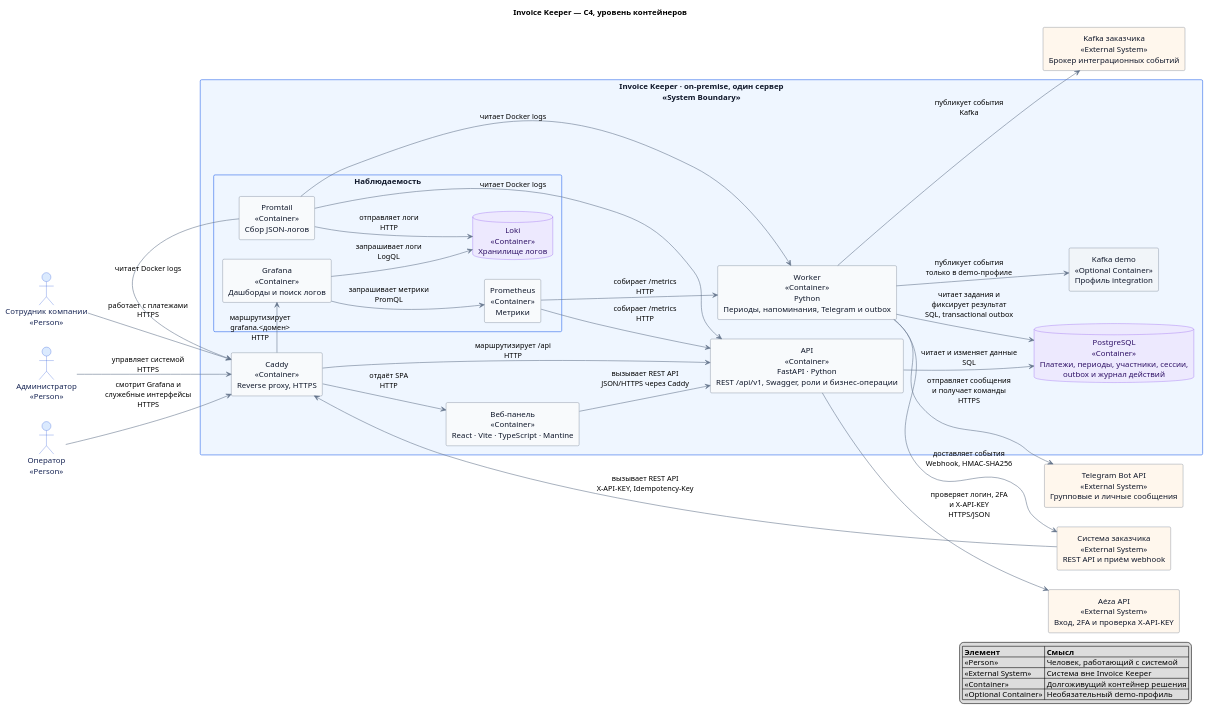
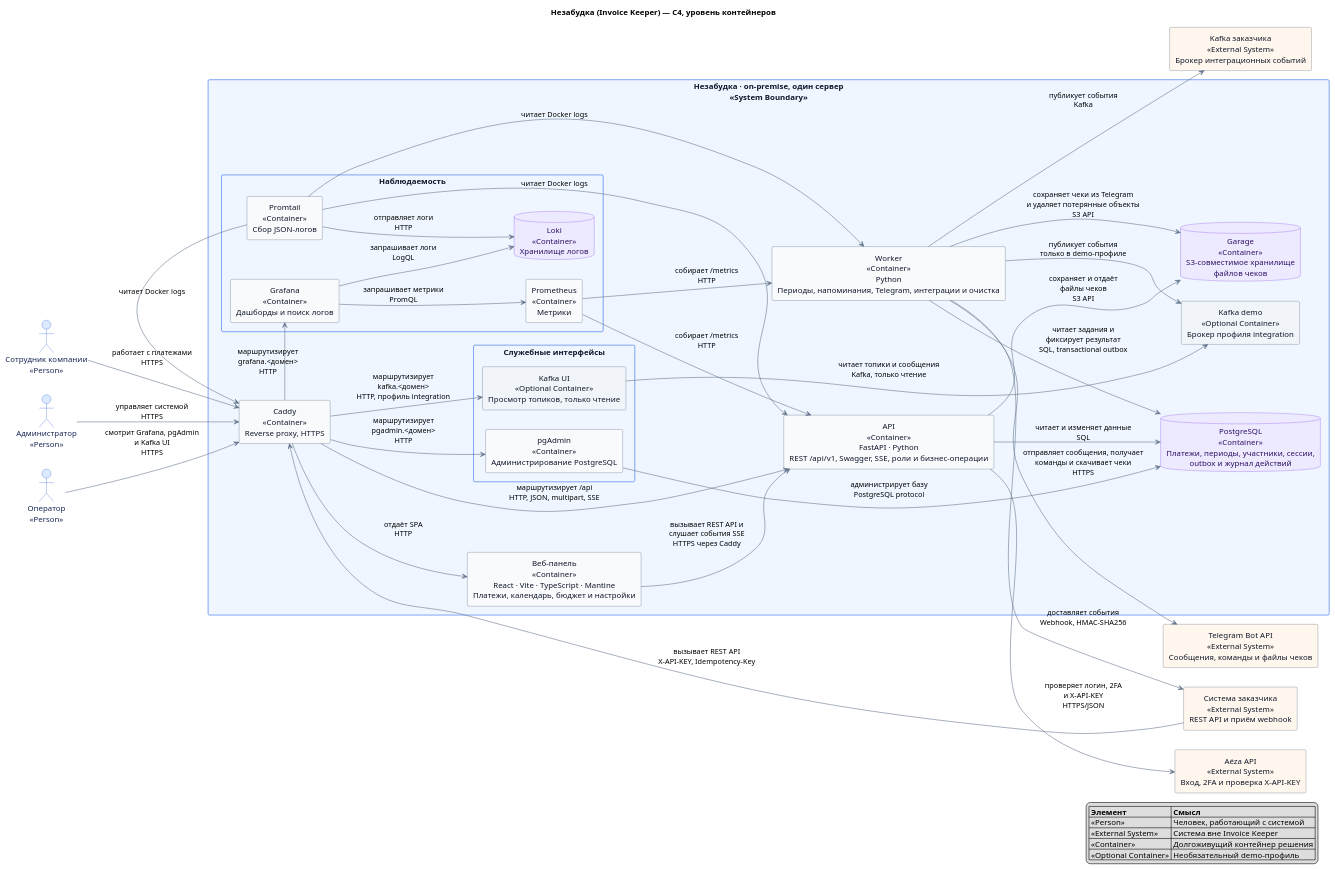
The diagram in docs/c4.puml (VegasYT/aeza-nezabudka), drawn with PlantUML before and after one commit. The commit also changed 170 other files, not shown here.

```diff
--- a/docs/c4.puml
+++ b/docs/c4.puml
@@ -1,85 +1,97 @@
 @startuml "c4-container"
-title Invoice Keeper — C4, уровень контейнеров
+title Незабудка (Invoice Keeper) — C4, уровень контейнеров
 
 left to right direction
 skinparam shadowing false
 skinparam componentStyle rectangle
 skinparam packageStyle rectangle
 skinparam defaultTextAlignment center
 skinparam ArrowColor #64748B
 skinparam actorBorderColor #1D4ED8
 skinparam actorBackgroundColor #DBEAFE
 skinparam actorFontColor #172554
 skinparam rectangleBorderColor #475569
 skinparam rectangleBackgroundColor #F8FAFC
 skinparam rectangleFontColor #0F172A
 skinparam databaseBorderColor #7C3AED
 skinparam databaseBackgroundColor #EDE9FE
 skinparam databaseFontColor #2E1065
 skinparam packageBorderColor #2563EB
 skinparam packageBackgroundColor #EFF6FF
 skinparam packageFontColor #172554
 
 actor "Сотрудник компании\n<<Person>>" as User
 actor "Администратор\n<<Person>>" as Admin
 actor "Оператор\n<<Person>>" as Operator
 
 rectangle "Aéza API\n<<External System>>\nВход, 2FA и проверка X-API-KEY" as Aeza #FFF7ED
-rectangle "Telegram Bot API\n<<External System>>\nГрупповые и личные сообщения" as Telegram #FFF7ED
+rectangle "Telegram Bot API\n<<External System>>\nСообщения, команды и файлы чеков" as Telegram #FFF7ED
 rectangle "Система заказчика\n<<External System>>\nREST API и приём webhook" as Customer #FFF7ED
 rectangle "Kafka заказчика\n<<External System>>\nБрокер интеграционных событий" as CustomerKafka #FFF7ED
 
-package "Invoice Keeper · on-premise, один сервер\n<<System Boundary>>" as InvoiceKeeper {
+package "Незабудка · on-premise, один сервер\n<<System Boundary>>" as InvoiceKeeper {
     rectangle "Caddy\n<<Container>>\nReverse proxy, HTTPS" as Caddy
-    rectangle "Веб-панель\n<<Container>>\nReact · Vite · TypeScript · Mantine" as Frontend
-    rectangle "API\n<<Container>>\nFastAPI · Python\nREST /api/v1, Swagger, роли и бизнес-операции" as Api
-    rectangle "Worker\n<<Container>>\nPython\nПериоды, напоминания, Telegram и outbox" as Worker
+    rectangle "Веб-панель\n<<Container>>\nReact · Vite · TypeScript · Mantine\nПлатежи, календарь, бюджет и настройки" as Frontend
+    rectangle "API\n<<Container>>\nFastAPI · Python\nREST /api/v1, Swagger, SSE, роли и бизнес-операции" as Api
+    rectangle "Worker\n<<Container>>\nPython\nПериоды, напоминания, Telegram, интеграции и очистка" as Worker
     database "PostgreSQL\n<<Container>>\nПлатежи, периоды, участники, сессии,\noutbox и журнал действий" as Postgres
+    database "Garage\n<<Container>>\nS3-совместимое хранилище\nфайлов чеков" as Garage
 
     package "Наблюдаемость" {
         rectangle "Prometheus\n<<Container>>\nМетрики" as Prometheus
         rectangle "Promtail\n<<Container>>\nСбор JSON-логов" as Promtail
         database "Loki\n<<Container>>\nХранилище логов" as Loki
         rectangle "Grafana\n<<Container>>\nДашборды и поиск логов" as Grafana
     }
 
-    rectangle "Kafka demo\n<<Optional Container>>\nПрофиль integration" as DemoKafka #F1F5F9
+    package "Служебные интерфейсы" {
+        rectangle "pgAdmin\n<<Container>>\nАдминистрирование PostgreSQL" as PgAdmin
+        rectangle "Kafka UI\n<<Optional Container>>\nПросмотр топиков, только чтение" as KafkaUi #F1F5F9
+    }
+
+    rectangle "Kafka demo\n<<Optional Container>>\nБрокер профиля integration" as DemoKafka #F1F5F9
 }
 
 User --> Caddy : работает с платежами\nHTTPS
 Admin --> Caddy : управляет системой\nHTTPS
-Operator --> Caddy : смотрит Grafana и\nслужебные интерфейсы\nHTTPS
+Operator --> Caddy : смотрит Grafana, pgAdmin\nи Kafka UI\nHTTPS
 
 Caddy --> Frontend : отдаёт SPA\nHTTP
-Caddy --> Api : маршрутизирует /api\nHTTP
+Caddy --> Api : маршрутизирует /api\nHTTP, JSON, multipart, SSE
 Caddy --> Grafana : маршрутизирует\ngrafana.<домен>\nHTTP
-Frontend --> Api : вызывает REST API\nJSON/HTTPS через Caddy
+Caddy --> PgAdmin : маршрутизирует\npgadmin.<домен>\nHTTP
+Caddy --> KafkaUi : маршрутизирует\nkafka.<домен>\nHTTP, профиль integration
+Frontend --> Api : вызывает REST API и\nслушает события SSE\nHTTPS через Caddy
 
 Api --> Aeza : проверяет логин, 2FA\nи X-API-KEY\nHTTPS/JSON
 Api --> Postgres : читает и изменяет данные\nSQL
+Api --> Garage : сохраняет и отдаёт\nфайлы чеков\nS3 API
 Worker --> Postgres : читает задания и\nфиксирует результат\nSQL, transactional outbox
+Worker --> Garage : сохраняет чеки из Telegram\nи удаляет потерянные объекты\nS3 API
 
-Worker --> Telegram : отправляет сообщения\nи получает команды\nHTTPS
+Worker --> Telegram : отправляет сообщения, получает\nкоманды и скачивает чеки\nHTTPS
 Customer --> Caddy : вызывает REST API\nX-API-KEY, Idempotency-Key
 Worker --> Customer : доставляет события\nWebhook, HMAC-SHA256
 Worker --> CustomerKafka : публикует события\nKafka
 Worker --> DemoKafka : публикует события\nтолько в demo-профиле
+KafkaUi --> DemoKafka : читает топики и сообщения\nKafka, только чтение
+PgAdmin --> Postgres : администрирует базу\nPostgreSQL protocol
 
 Prometheus --> Api : собирает /metrics\nHTTP
 Prometheus --> Worker : собирает /metrics\nHTTP
 Promtail --> Caddy : читает Docker logs
 Promtail --> Api : читает Docker logs
 Promtail --> Worker : читает Docker logs
 Promtail --> Loki : отправляет логи\nHTTP
 Grafana --> Prometheus : запрашивает метрики\nPromQL
 Grafana --> Loki : запрашивает логи\nLogQL
 
 legend right
   |= Элемент |= Смысл |
   | <<Person>> | Человек, работающий с системой |
   | <<External System>> | Система вне Invoice Keeper |
   | <<Container>> | Долгоживущий контейнер решения |
   | <<Optional Container>> | Необязательный demo-профиль |
 endlegend
 
 @enduml
```
